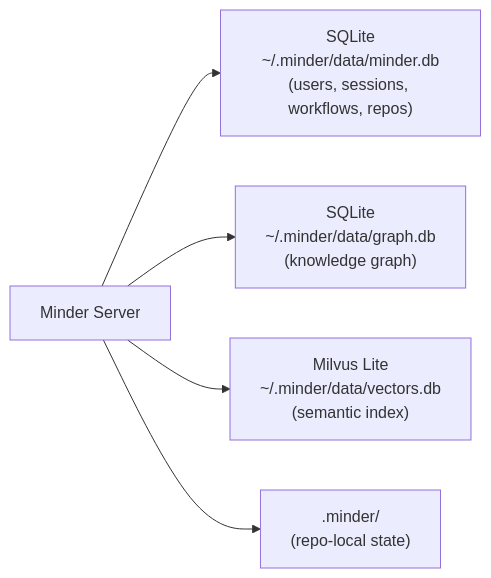
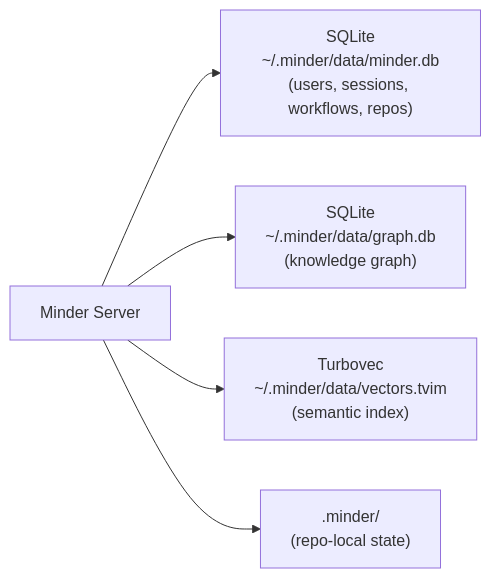
The second of 2 diagrams in docs/architecture/minder-server.md (hiimtrung/minder), drawn with Mermaid before and after one commit. The commit also changed other lines of this file and 7 other files, not shown here.

Commit message:
chore: replace Milvus Lite with Turbovec as the default embedded vector database in documentation and configuration

````diff
--- a/docs/architecture/minder-server.md
+++ b/docs/architecture/minder-server.md
@@ -90,7 +90,7 @@
 ```mermaid
 flowchart LR
     App["Minder Server"] --> SQLiteRel["SQLite\n~/.minder/data/minder.db\n(users, sessions, workflows, repos)"]
     App --> SQLiteGraph["SQLite\n~/.minder/data/graph.db\n(knowledge graph)"]
-    App --> MilvusLite["Milvus Lite\n~/.minder/data/vectors.db\n(semantic index)"]
+    App --> Turbovec["Turbovec\n~/.minder/data/vectors.tvim\n(semantic index)"]
     App --> RepoState[".minder/\n(repo-local state)"]
 ```
````
